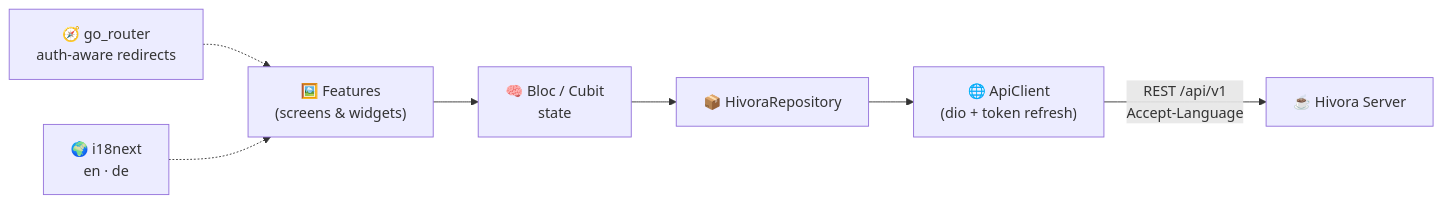
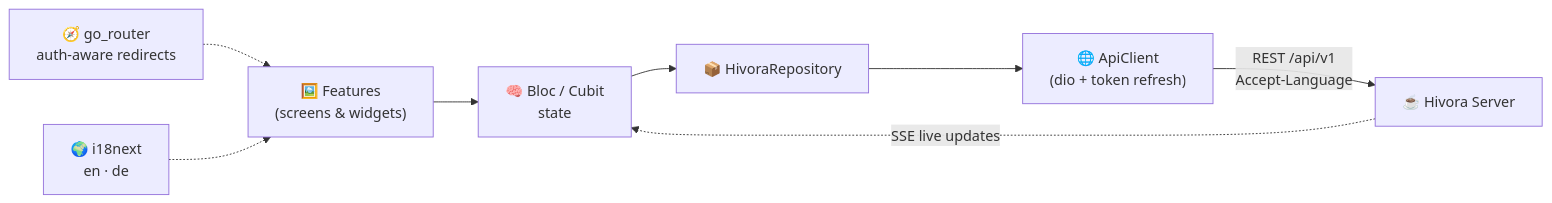
The diagram in README.md (hinata-platform/hinata-app), drawn with Mermaid before and after one commit. The commit also changed other lines of this file and 4 other files, not shown here.

````diff
--- a/README.md
+++ b/README.md
@@ -85,9 +116,10 @@
 ```mermaid
 flowchart LR
     UI["🖼️ Features<br/>(screens & widgets)"] --> BLOC["🧠 Bloc / Cubit<br/>state"]
     BLOC --> REPO["📦 HivoraRepository"]
     REPO --> API["🌐 ApiClient<br/>(dio + token refresh)"]
     API -->|"REST /api/v1<br/>Accept-Language"| SRV["☕ Hivora Server"]
+    SRV -.->|"SSE live updates"| BLOC
     ROUTER["🧭 go_router<br/>auth-aware redirects"] -.-> UI
     I18N["🌍 i18next<br/>en · de"] -.-> UI
 ```
````
